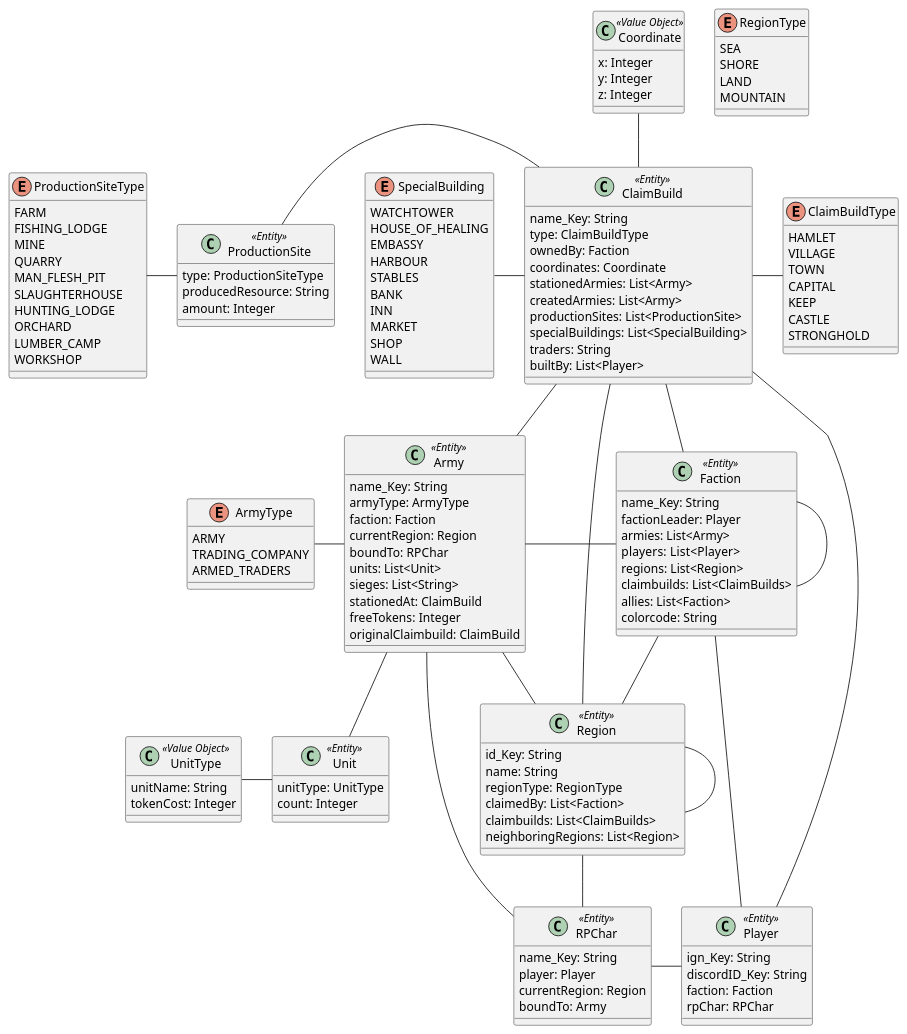
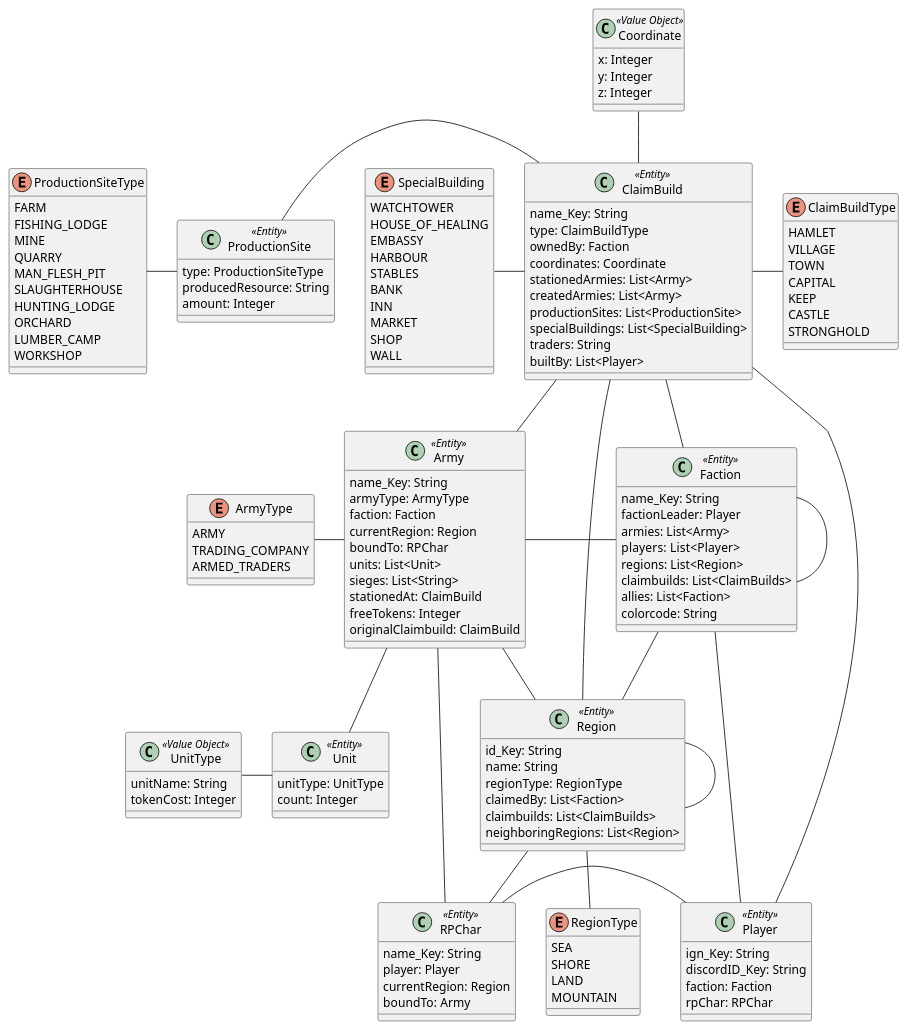
Before and after one commit to Team-KekX/Ardas-Legends-App: the diagram in ALRoleplaySystem/src/main/java/puml/ArdasLegendsDomain.puml, drawn with PlantUML.

Commit message:
Add RegionType to Region relation in Model
	modified:   ALRoleplaySystem/src/main/java/puml/ArdasLegendsDomain.puml

```diff
--- a/ALRoleplaySystem/src/main/java/puml/ArdasLegendsDomain.puml
+++ b/ALRoleplaySystem/src/main/java/puml/ArdasLegendsDomain.puml
@@ -1,164 +1,165 @@
 @startuml
 class Region <<Entity>> {
     id_Key: String
     name: String
     regionType: RegionType
     claimedBy: List<Faction>
     claimbuilds: List<ClaimBuilds>
     neighboringRegions: List<Region>
 }
 
 enum RegionType {
     SEA
     SHORE
     LAND
     MOUNTAIN
 }
 
 class ClaimBuild <<Entity>> {
     name_Key: String
     type: ClaimBuildType
     ownedBy: Faction
     coordinates: Coordinate
     stationedArmies: List<Army>
     createdArmies: List<Army>
     productionSites: List<ProductionSite>
     specialBuildings: List<SpecialBuilding>
     traders: String
     builtBy: List<Player>
 }
 
 enum ClaimBuildType {
     HAMLET
     VILLAGE
     TOWN
     CAPITAL
     KEEP
     CASTLE
     STRONGHOLD
 }
 
 class Faction <<Entity>> {
     name_Key: String
     factionLeader: Player
     armies: List<Army>
     players:  List<Player>
     regions: List<Region>
     claimbuilds: List<ClaimBuilds>
     allies: List<Faction>
     colorcode: String
 }
 
 class Player <<Entity>> {
     ign_Key: String
     discordID_Key: String
     faction: Faction
     rpChar: RPChar
 }
 
 class RPChar <<Entity>> {
     name_Key: String
     player: Player
     currentRegion: Region
     boundTo: Army
 }
 
 class Coordinate <<Value Object>> {
     x: Integer
     y: Integer
     z: Integer
 }
 
 class ProductionSite <<Entity>> {
     type: ProductionSiteType
     producedResource: String
     amount: Integer
 }
 
 enum ProductionSiteType {
     FARM
     FISHING_LODGE
     MINE
     QUARRY
     MAN_FLESH_PIT
     SLAUGHTERHOUSE
     HUNTING_LODGE
     ORCHARD
     LUMBER_CAMP
     WORKSHOP
 }
 
 enum SpecialBuilding {
     WATCHTOWER
     HOUSE_OF_HEALING
     EMBASSY
     HARBOUR
     STABLES
     BANK
     INN
     MARKET
     SHOP
     WALL
 }
 
 class Army <<Entity>> {
     name_Key: String
     armyType: ArmyType
     faction: Faction
     currentRegion: Region
     boundTo: RPChar
     units: List<Unit>
     sieges: List<String>
     stationedAt: ClaimBuild
     freeTokens: Integer
     originalClaimbuild: ClaimBuild
 }
 
 enum ArmyType {
     ARMY
     TRADING_COMPANY
     ARMED_TRADERS
 }
 
 class Unit <<Entity>> {
     unitType: UnitType
     count: Integer
 }
 
 class UnitType <<Value Object>> {
     unitName: String
     tokenCost: Integer
 }
 
 Region -  ClaimBuild
 Region - Region
 Region -down- RPChar
+RegionType -up- Region
 
 Faction -down- Region
 Faction -right Player
 Faction -left Army
 Faction -up- ClaimBuild
 Faction - Faction
 
 ClaimBuild - Player
 ClaimBuild -right- ClaimBuildType
 ClaimBuild -up- Coordinate
 ClaimBuild - Army
 
 ProductionSite - ClaimBuild
 SpecialBuilding - ClaimBuild
 
 ProductionSite -left- ProductionSiteType
 
 
 RPChar - Player
 
 Army -down- Unit
 Army - Region
 Army - RPChar
 
 ArmyType - Army
 
 UnitType - Unit
 
 @enduml
```
